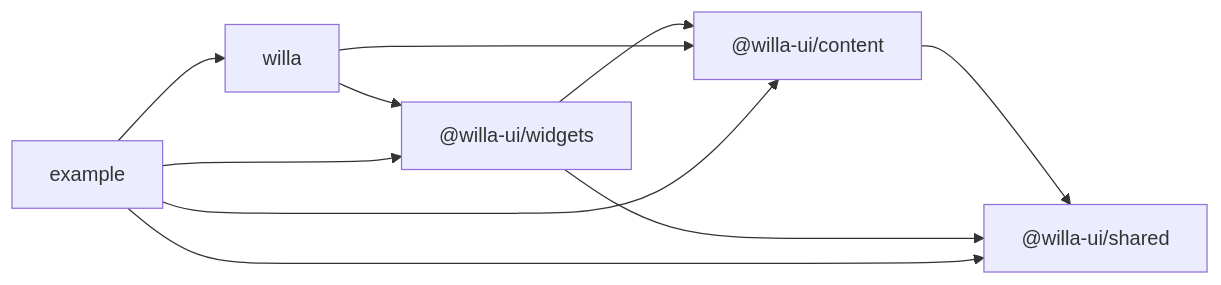
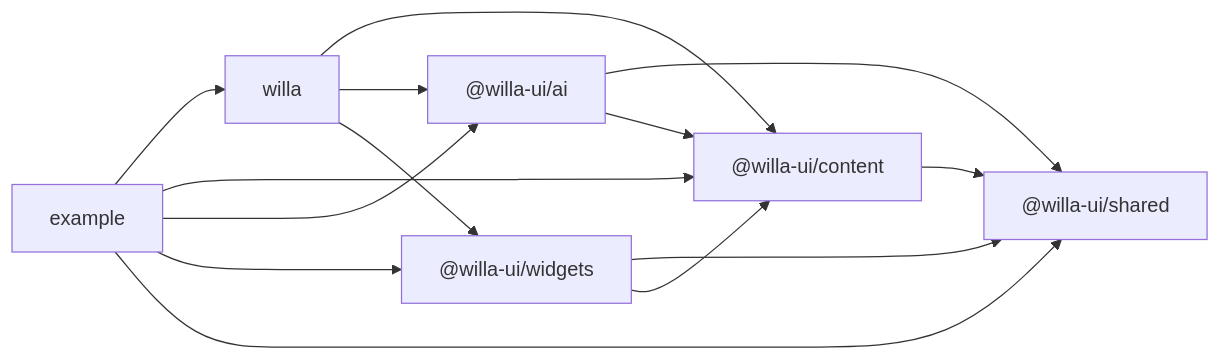
Before and after one commit to imtaotao/willa: the first of 4 diagrams in docs/architecture.md, drawn with Mermaid. The commit also changed other lines of this file and 14 other files, not shown here.

````diff
--- a/docs/architecture.md
+++ b/docs/architecture.md
@@ -114,18 +128,23 @@
 ```mermaid
 flowchart LR
   shared["@willa-ui/shared"]
   content["@willa-ui/content"]
+  ai["@willa-ui/ai"]
   widgets["@willa-ui/widgets"]
   willa["willa"]
   example["example"]
 
   content --> shared
+  ai --> shared
+  ai --> content
   widgets --> shared
   widgets --> content
   willa --> content
+  willa --> ai
   willa --> widgets
   example --> willa
   example --> content
+  example --> ai
   example --> widgets
   example --> shared
 ```
````
